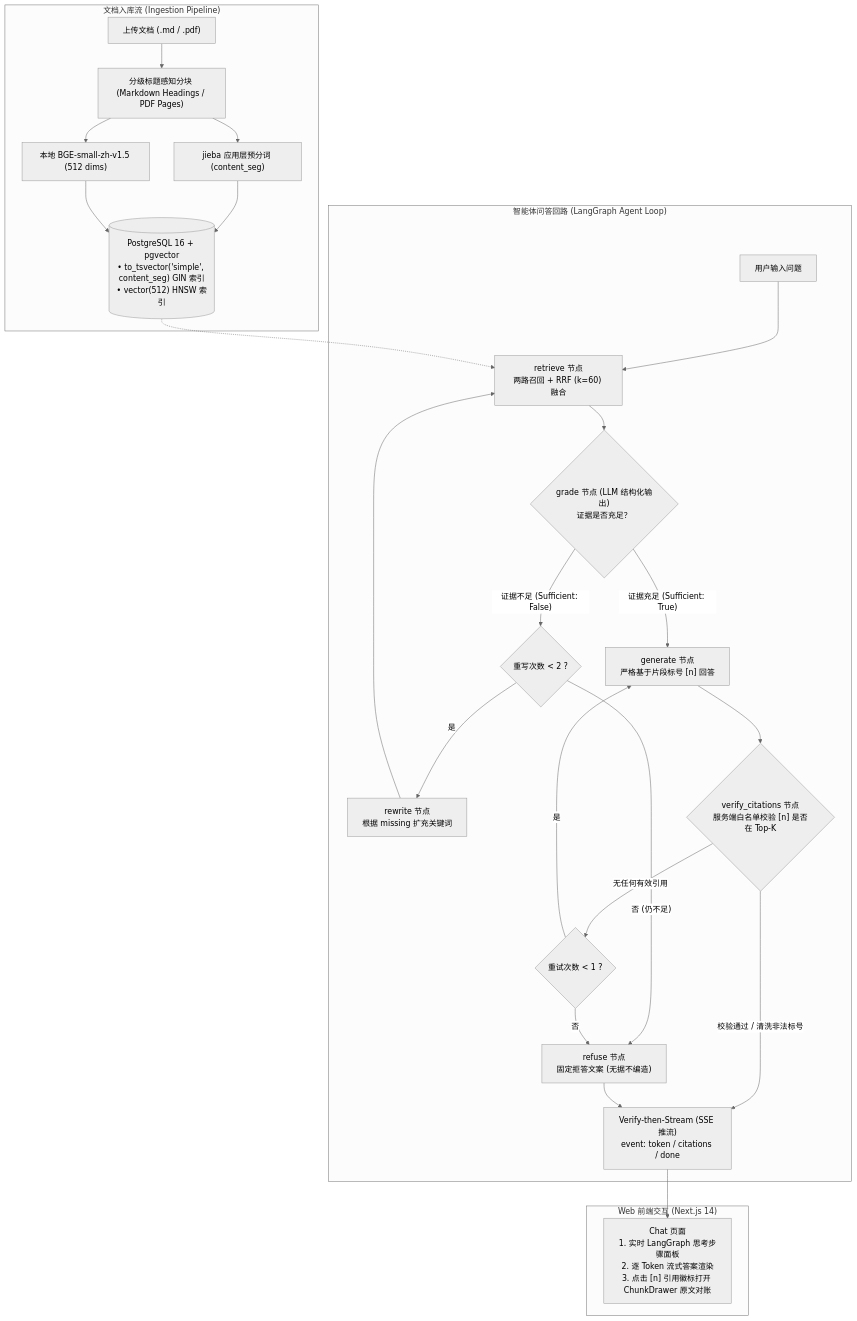
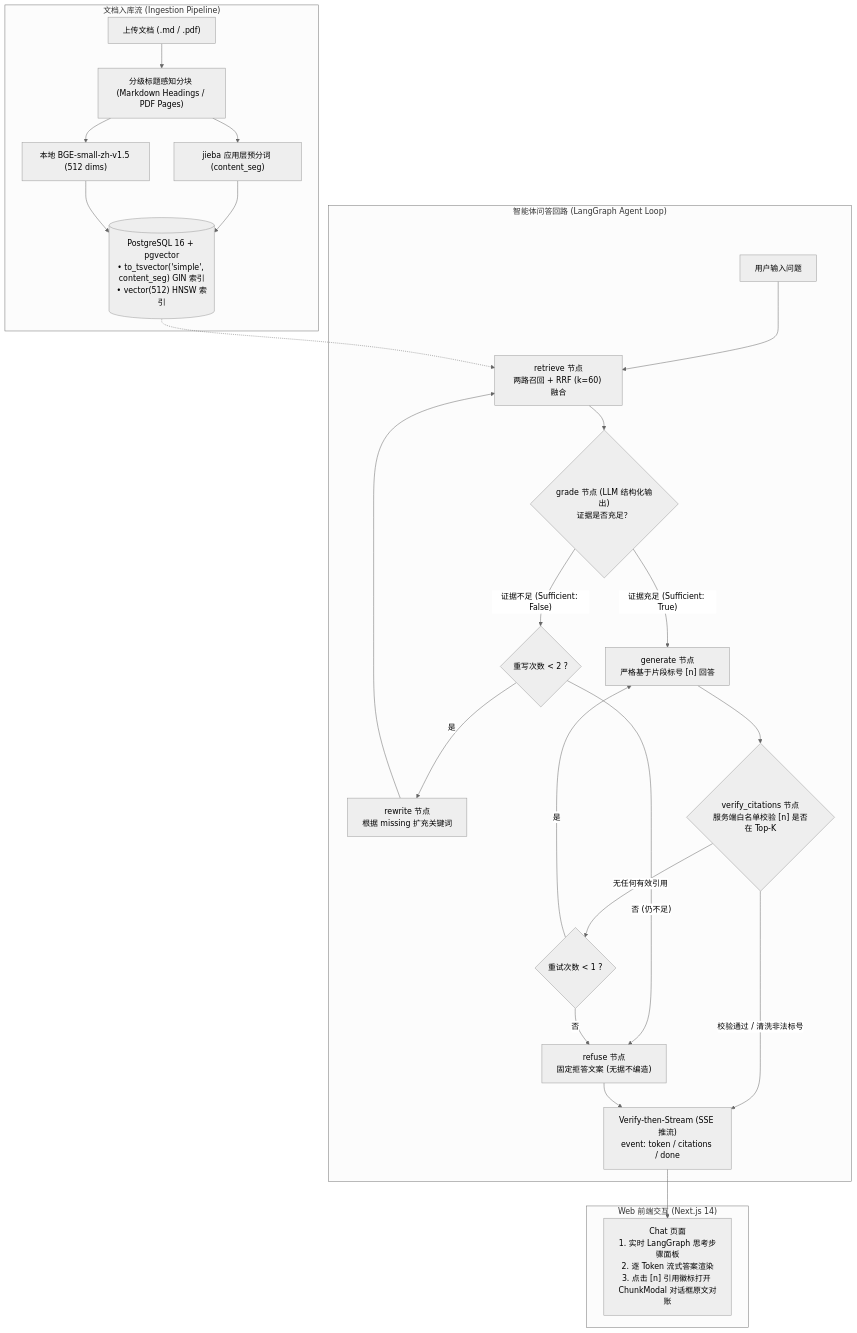
The diagram in README.md (Viorenze/EvidenceOS), drawn with Mermaid (neutral theme) before and after one commit. The commit also changed other lines of this file and 12 other files, not shown here.

````diff
--- a/README.md
+++ b/README.md
@@ -17,35 +17,35 @@
 ```mermaid
 flowchart TD
     subgraph Ingestion["文档入库流 (Ingestion Pipeline)"]
         doc["上传文档 (.md / .pdf)"] --> chunker["分级标题感知分块 (Markdown Headings / PDF Pages)"]
         chunker --> jieba["jieba 应用层预分词 (content_seg)"]
         chunker --> bge["本地 BGE-small-zh-v1.5 (512 dims)"]
         jieba --> pg[("PostgreSQL 16 + pgvector<br/>• to_tsvector('simple', content_seg) GIN 索引<br/>• vector(512) HNSW 索引")]
         bge --> pg
     end
 
     subgraph Serving["智能体问答回路 (LangGraph Agent Loop)"]
         q["用户输入问题"] --> ret["retrieve 节点<br/>两路召回 + RRF (k=60) 融合"]
         pg -.-> ret
         ret --> grade{"grade 节点 (LLM 结构化输出)<br/>证据是否充足？"}
 
         grade -- "证据不足 (Sufficient: False)" --> check_rw{"重写次数 < 2 ?"}
         check_rw -- "是" --> rewrite["rewrite 节点<br/>根据 missing 扩充关键词"]
         rewrite --> ret
         check_rw -- "否 (仍不足)" --> refuse["refuse 节点<br/>固定拒答文案 (无据不编造)"]
 
         grade -- "证据充足 (Sufficient: True)" --> gen["generate 节点<br/>严格基于片段标号 [n] 回答"]
         gen --> verify{"verify_citations 节点<br/>服务端白名单校验 [n] 是否在 Top-K"}
 
         verify -- "无任何有效引用" --> retry{"重试次数 < 1 ?"}
         retry -- "是" --> gen
         retry -- "否" --> refuse
 
         verify -- "校验通过 / 清洗非法标号" --> stream["Verify-then-Stream (SSE 推流)<br/>event: token / citations / done"]
         refuse --> stream
     end
 
     subgraph Client["Web 前端交互 (Next.js 14)"]
-        stream --> ui["Chat 页面<br/>1. 实时 LangGraph 思考步骤面板<br/>2. 逐 Token 流式答案渲染<br/>3. 点击 [n] 引用徽标打开 ChunkDrawer 原文对账"]
+        stream --> ui["Chat 页面<br/>1. 实时 LangGraph 思考步骤面板<br/>2. 逐 Token 流式答案渲染<br/>3. 点击 [n] 引用徽标打开 ChunkModal 对话框原文对账"]
     end
 ```
````
